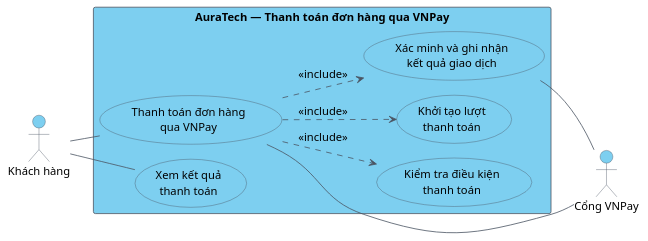
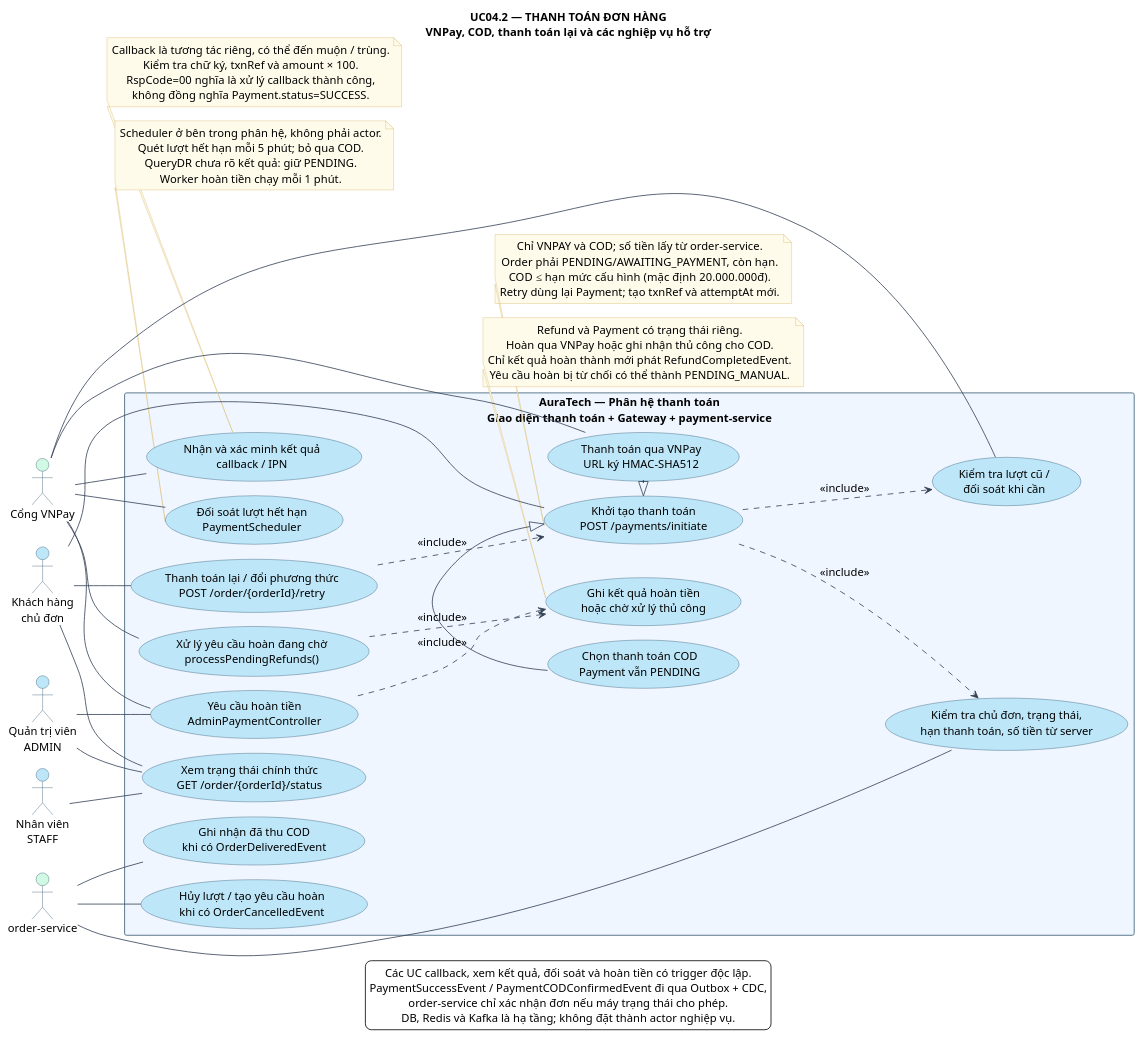
One commit to Thuannd24/Graduation-Project changed the diagram in docs/bao-cao/chuong-2-dat-hang-thanh-toan/diagrams/thanh-toan/01-use-case.puml. Above: the diagram before and after it, drawn with PlantUML. The commit also changed 28 other files, not shown here.

Commit message:
docs: align order and payment diagrams with implementation

```diff
--- a/docs/bao-cao/chuong-2-dat-hang-thanh-toan/diagrams/thanh-toan/01-use-case.puml
+++ b/docs/bao-cao/chuong-2-dat-hang-thanh-toan/diagrams/thanh-toan/01-use-case.puml
@@ -1,35 +1,104 @@
 @startuml
+' Doi chieu source local ngay 06/11/2026; xem diagrams/DOI_CHIEU_2026-11-06.md.
 skinparam backgroundColor white
 skinparam defaultFontName Arial
 skinparam defaultFontSize 14
 skinparam shadowing false
-skinparam ArrowColor #4B5563
+skinparam ArrowColor #334155
 skinparam ArrowThickness 1
 skinparam defaultTextAlignment center
-skinparam actorBorderColor #4B5563
-skinparam actorBackgroundColor #7DCFF0
+skinparam NoteBackgroundColor #FFFBEB
+skinparam NoteBorderColor #D6B669
+skinparam actorBackgroundColor #BDE6F8
+skinparam actorBorderColor #365A73
+skinparam usecaseBackgroundColor #BDE6F8
+skinparam usecaseBorderColor #365A73
+skinparam rectangleBackgroundColor #EFF6FF
+skinparam rectangleBorderColor #365A73
+skinparam stateBackgroundColor #BDE6F8
+skinparam stateBorderColor #365A73
+skinparam activityBackgroundColor #BDE6F8
+skinparam activityBorderColor #365A73
+skinparam activityDiamondBackgroundColor #FEF3C7
+skinparam activityDiamondBorderColor #365A73
+skinparam swimlaneTitleBackgroundColor #EFF6FF
+skinparam swimlaneTitleFontStyle bold
+skinparam swimlaneBorderColor #94A3B8
+
 !pragma layout smetana
 left to right direction
-skinparam rectangleBackgroundColor #7DCFF0
-skinparam rectangleBorderColor #4B5563
-skinparam usecaseBackgroundColor #7DCFF0
-skinparam usecaseBorderColor #4B5563
-skinparam usecaseFontSize 14
-
-actor "Khách hàng" as Customer
-actor "Cổng VNPay" as VNPay
-rectangle "AuraTech — Thanh toán đơn hàng qua VNPay" {
-  usecase "Thanh toán đơn hàng\nqua VNPay" as Pay
-  usecase "Kiểm tra điều kiện\nthanh toán" as Validate
-  usecase "Khởi tạo lượt\nthanh toán" as Initiate
-  usecase "Xác minh và ghi nhận\nkết quả giao dịch" as Verify
-  usecase "Xem kết quả\nthanh toán" as Result
+title UC04.2 — THANH TOÁN ĐƠN HÀNG\nVNPay, COD, thanh toán lại và các nghiệp vụ hỗ trợ
+actor "Khách hàng\nchủ đơn" as Customer
+actor "Quản trị viên\nADMIN" as Admin
+actor "Nhân viên\nSTAFF" as Staff
+actor "Cổng VNPay" as VNPay #D1FAE5
+actor "order-service" as Order #D1FAE5
+rectangle "AuraTech — Phân hệ thanh toán\nGiao diện thanh toán + Gateway + payment-service" {
+  usecase "Khởi tạo thanh toán\nPOST /payments/initiate" as Initiate
+  usecase "Kiểm tra chủ đơn, trạng thái,\nhạn thanh toán, số tiền từ server" as Validate
+  usecase "Kiểm tra lượt cũ /\nđối soát khi cần" as Guard
+  usecase "Thanh toán qua VNPay\nURL ký HMAC-SHA512" as PayVN
+  usecase "Chọn thanh toán COD\nPayment vẫn PENDING" as COD
+  usecase "Thanh toán lại / đổi phương thức\nPOST /order/{orderId}/retry" as Retry
+  usecase "Nhận và xác minh kết quả\ncallback / IPN" as Callback
+  usecase "Xem trạng thái chính thức\nGET /order/{orderId}/status" as Status
+  usecase "Đối soát lượt hết hạn\nPaymentScheduler" as Expiry
+  usecase "Ghi nhận đã thu COD\nkhi có OrderDeliveredEvent" as Delivery
+  usecase "Hủy lượt / tạo yêu cầu hoàn\nkhi có OrderCancelledEvent" as AutoRefund
+  usecase "Yêu cầu hoàn tiền\nAdminPaymentController" as AdminRefund
+  usecase "Xử lý yêu cầu hoàn đang chờ\nprocessPendingRefunds()" as RefundWorker
+  usecase "Ghi kết quả hoàn tiền\nhoặc chờ xử lý thủ công" as RefundResult
 }
-Customer -- Pay
-Customer -- Result
-Pay ..> Validate : <<include>>
-Pay ..> Initiate : <<include>>
-Pay ..> Verify : <<include>>
-Pay -- VNPay
-Verify -- VNPay
+Customer -- Initiate
+Customer -- Retry
+Customer -- Status
+Admin -- Status
+Staff -- Status
+Admin -- AdminRefund
+PayVN -|> Initiate
+COD -|> Initiate
+Initiate ..> Validate : <<include>>
+Initiate ..> Guard : <<include>>
+Retry ..> Initiate : <<include>>
+Order -- Validate
+VNPay -- PayVN
+VNPay -- Guard
+VNPay -- Callback
+VNPay -- Expiry
+VNPay -- AdminRefund
+VNPay -- RefundWorker
+Order -- Delivery
+Order -- AutoRefund
+AdminRefund ..> RefundResult : <<include>>
+RefundWorker ..> RefundResult : <<include>>
+note bottom of Initiate
+  Chỉ VNPAY và COD; số tiền lấy từ order-service.
+  Order phải PENDING/AWAITING_PAYMENT, còn hạn.
+  COD ≤ hạn mức cấu hình (mặc định 20.000.000đ).
+  Retry dùng lại Payment; tạo txnRef và attemptAt mới.
+end note
+note bottom of Callback
+  Callback là tương tác riêng, có thể đến muộn / trùng.
+  Kiểm tra chữ ký, txnRef và amount × 100.
+  RspCode=00 nghĩa là xử lý callback thành công,
+  không đồng nghĩa Payment.status=SUCCESS.
+end note
+note bottom of RefundResult
+  Refund và Payment có trạng thái riêng.
+  Hoàn qua VNPay hoặc ghi nhận thủ công cho COD.
+  Chỉ kết quả hoàn thành mới phát RefundCompletedEvent.
+  Yêu cầu hoàn bị từ chối có thể thành PENDING_MANUAL.
+end note
+note bottom of Expiry
+  Scheduler ở bên trong phân hệ, không phải actor.
+  Quét lượt hết hạn mỗi 5 phút; bỏ qua COD.
+  QueryDR chưa rõ kết quả: giữ PENDING.
+  Worker hoàn tiền chạy mỗi 1 phút.
+end note
+legend bottom
+  Các UC callback, xem kết quả, đối soát và hoàn tiền có trigger độc lập.
+  PaymentSuccessEvent / PaymentCODConfirmedEvent đi qua Outbox + CDC,
+  order-service chỉ xác nhận đơn nếu máy trạng thái cho phép.
+  DB, Redis và Kafka là hạ tầng; không đặt thành actor nghiệp vụ.
+endlegend
 @enduml
```
